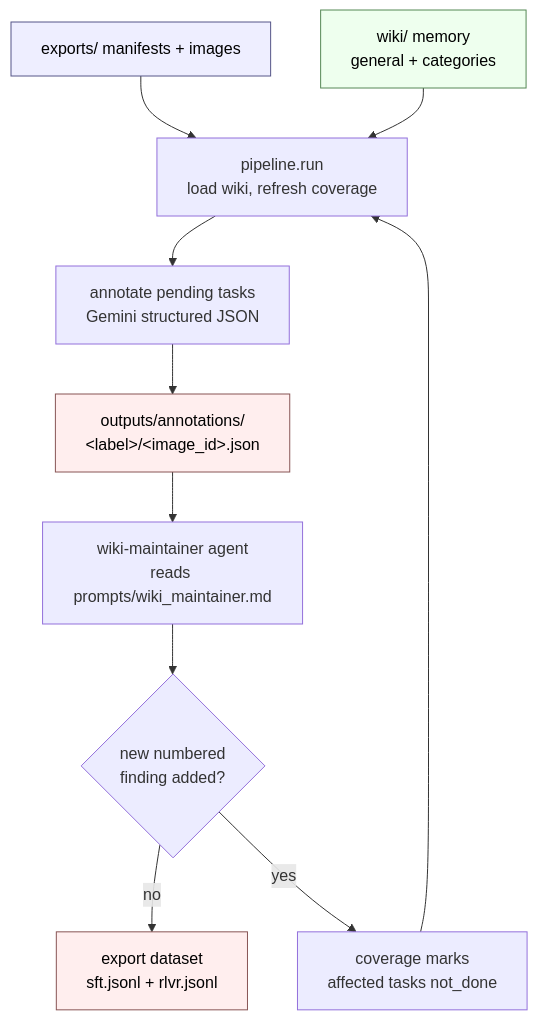
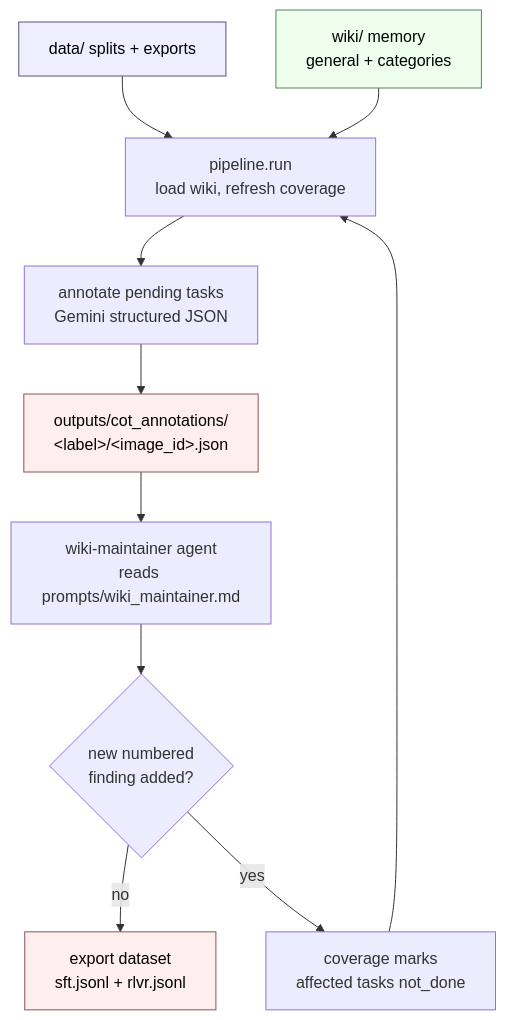
One commit to dineshvarunshankar/CoT_labeling changed the diagram in README.md. Above: the diagram before and after it, drawn with Mermaid. The commit also changed other lines of this file and 8 other files, not shown here.

````diff
--- a/README.md
+++ b/README.md
@@ -22,22 +22,23 @@
 ```mermaid
 flowchart TD
-    A["exports/ manifests + images"]:::input
+    A["data/ splits + exports"]:::input
     W["wiki/ memory<br/>general + categories"]:::wiki
     B["pipeline.run<br/>load wiki, refresh coverage"]
     D["annotate pending tasks<br/>Gemini structured JSON"]
-    E["outputs/annotations/<br/>&lt;label&gt;/&lt;image_id&gt;.json"]:::output
+    E["outputs/cot_annotations/<br/>&lt;label&gt;/&lt;image_id&gt;.json"]:::output
     M["wiki-maintainer agent<br/>reads prompts/wiki_maintainer.md"]
     N{"new numbered<br/>finding added?"}
     R["coverage marks<br/>affected tasks not_done"]
     X["export dataset<br/>sft.jsonl + rlvr.jsonl"]:::output
 
     A --> B
     W --> B
     B --> D --> E --> M --> N
     N -- no --> X
     N -- yes --> R --> B
 
+
     classDef input fill:#eef,stroke:#558,stroke-width:1px,color:#000;
     classDef wiki fill:#efe,stroke:#585,stroke-width:1px,color:#000;
     classDef output fill:#fee,stroke:#855,stroke-width:1px,color:#000;
 ```
````
